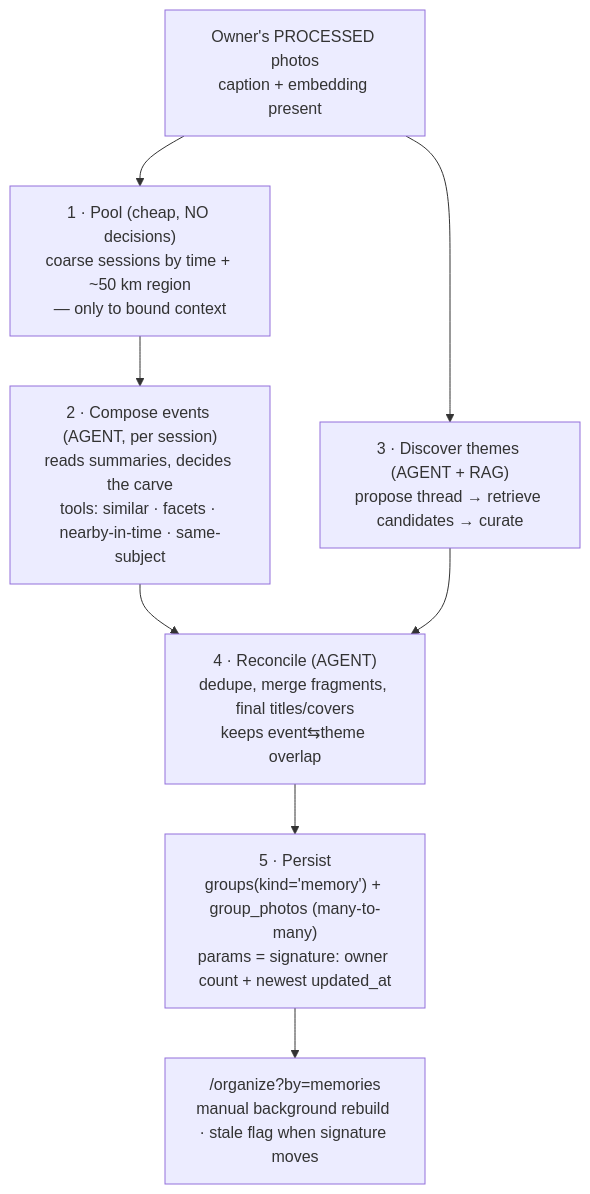
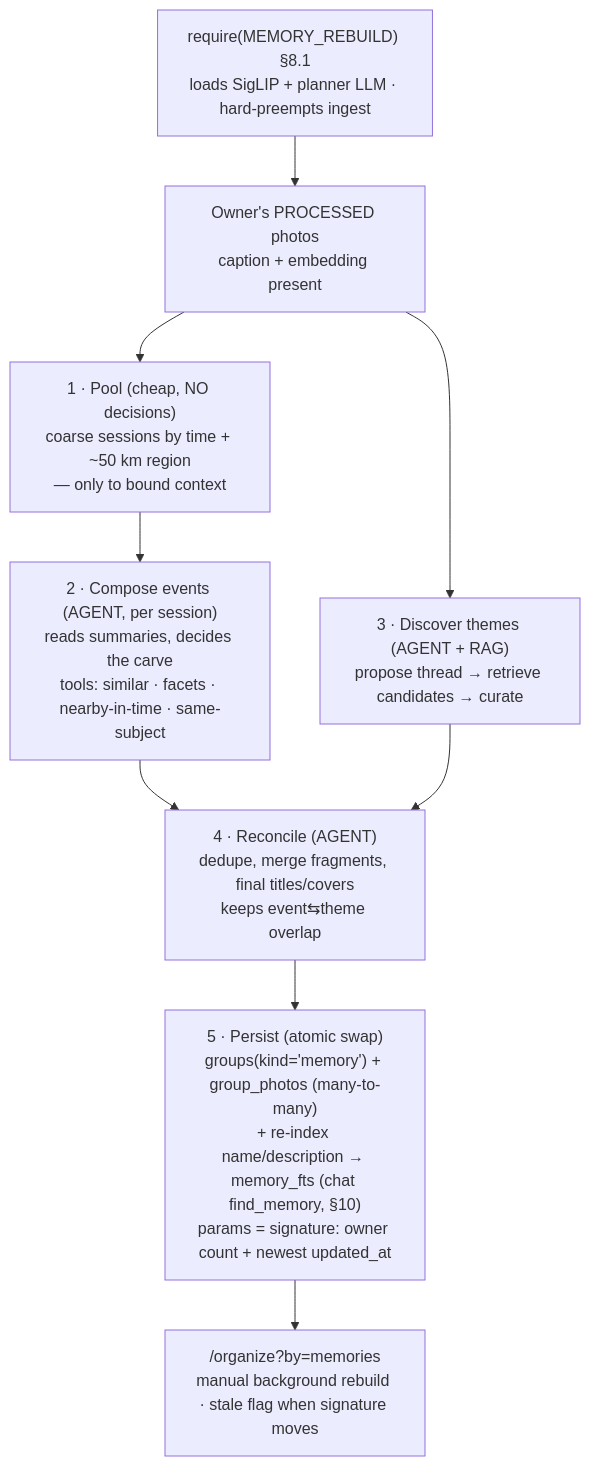
The sixth of 6 diagrams in docs/design.md (sadensmol/ivms777), drawn with Mermaid before and after one commit. The commit also changed other lines of this file and 35 other files, not shown here.

````diff
--- a/docs/design.md
+++ b/docs/design.md
@@ -1122,10 +1291,11 @@
 ```mermaid
 flowchart TB
+    lease["require(MEMORY_REBUILD) §8.1<br/>loads SigLIP + planner LLM · hard-preempts ingest"] --> lib
     lib["Owner's PROCESSED photos<br/>caption + embedding present"] --> pool["1 · Pool (cheap, NO decisions)<br/>coarse sessions by time + ~50 km region<br/>— only to bound context"]
     pool --> events["2 · Compose events (AGENT, per session)<br/>reads summaries, decides the carve<br/>tools: similar · facets · nearby-in-time · same-subject"]
     lib --> themes["3 · Discover themes (AGENT + RAG)<br/>propose thread → retrieve candidates → curate"]
     events --> recon["4 · Reconcile (AGENT)<br/>dedupe, merge fragments, final titles/covers<br/>keeps event⇆theme overlap"]
     themes --> recon
-    recon --> persist["5 · Persist<br/>groups(kind='memory') + group_photos (many-to-many)<br/>params = signature: owner count + newest updated_at"]
+    recon --> persist["5 · Persist (atomic swap)<br/>groups(kind='memory') + group_photos (many-to-many)<br/>+ re-index name/description → memory_fts (chat find_memory, §10)<br/>params = signature: owner count + newest updated_at"]
     persist --> ui["/organize?by=memories<br/>manual background rebuild · stale flag when signature moves"]
 ```
````
